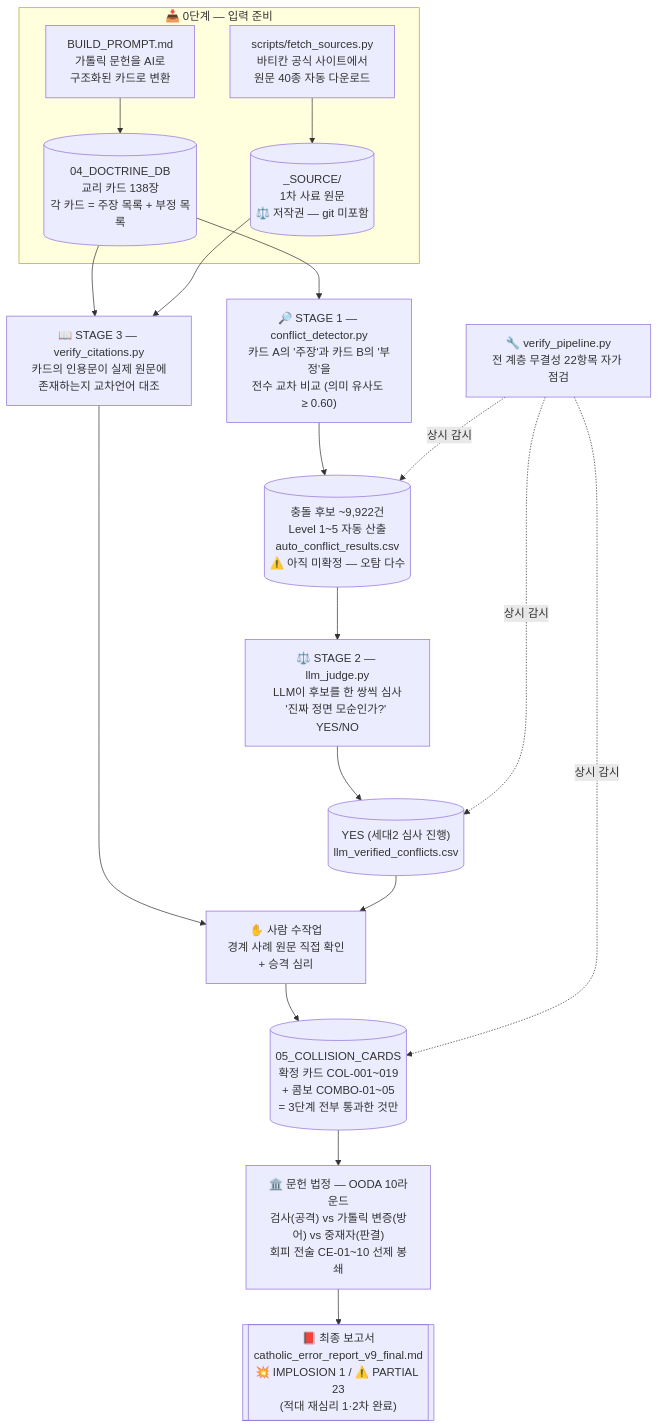
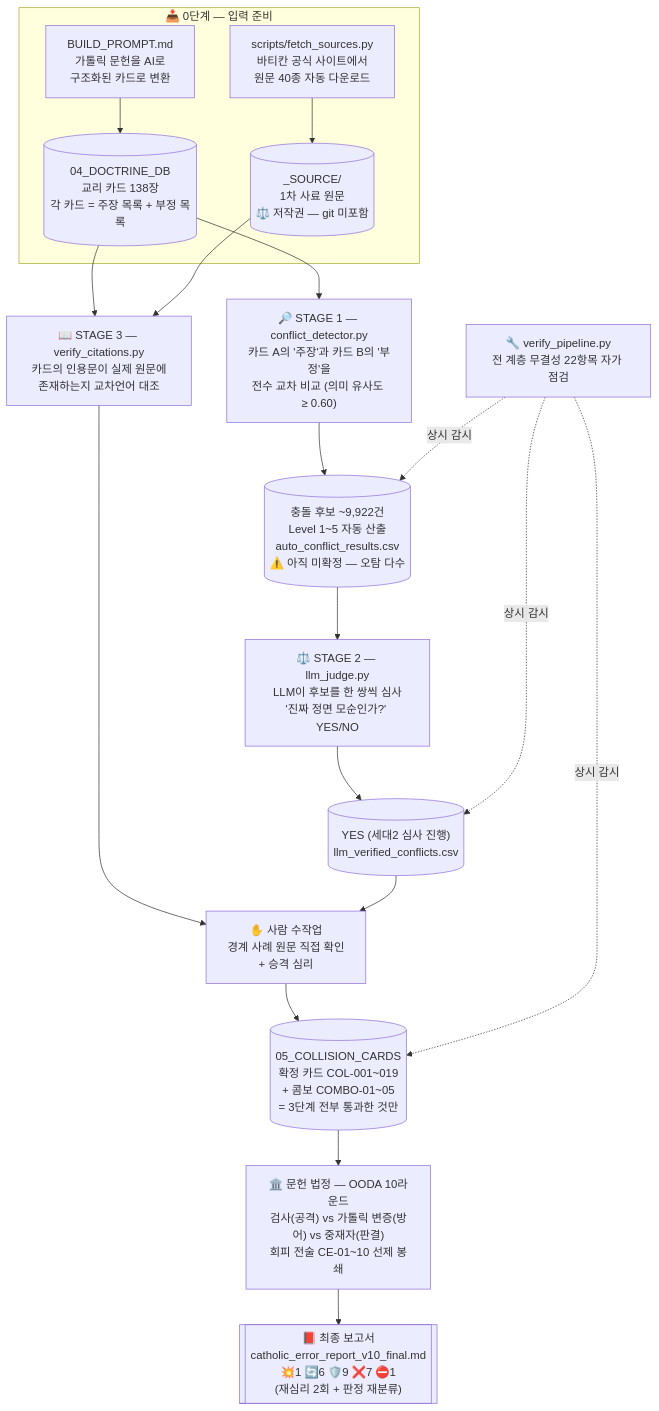
Before and after one commit to jloveonly-prog/the-scripture-audit-ko: the first of 2 diagrams in the-catholic-audit/README.md, drawn with Mermaid. The commit also changed other lines of this file and 3 other files, not shown here.

First line of the commit message:
feat(catholic-audit): v10 — 판정 코드 재분류, PARTIAL 단일 범주 해체

````diff
--- a/the-catholic-audit/README.md
+++ b/the-catholic-audit/README.md
@@ -44,27 +44,27 @@
 ```mermaid
 flowchart TD
     subgraph PREP["📥 0단계 — 입력 준비"]
         A["BUILD_PROMPT.md<br/>가톨릭 문헌을 AI로<br/>구조화된 카드로 변환"] --> B[("04_DOCTRINE_DB<br/>교리 카드 138장<br/>각 카드 = 주장 목록 + 부정 목록")]
         F["scripts/fetch_sources.py<br/>바티칸 공식 사이트에서<br/>원문 40종 자동 다운로드"] --> S[("_SOURCE/<br/>1차 사료 원문<br/>⚖️ 저작권 — git 미포함")]
     end
 
     B --> C["🔎 STAGE 1 — conflict_detector.py<br/>카드 A의 '주장'과 카드 B의 '부정'을<br/>전수 교차 비교 (의미 유사도 ≥ 0.60)"]
     C --> D[("충돌 후보 ~9,922건<br/>Level 1~5 자동 산출<br/>auto_conflict_results.csv<br/>⚠️ 아직 미확정 — 오탐 다수")]
 
     D --> E["⚖️ STAGE 2 — llm_judge.py<br/>LLM이 후보를 한 쌍씩 심사<br/>'진짜 정면 모순인가?' YES/NO"]
     E --> G[("YES (세대2 심사 진행)<br/>llm_verified_conflicts.csv")]
 
     B --> H["📖 STAGE 3 — verify_citations.py<br/>카드의 인용문이 실제 원문에<br/>존재하는지 교차언어 대조"]
     S --> H
     H --> I["✋ 사람 수작업<br/>경계 사례 원문 직접 확인<br/>+ 승격 심리"]
     G --> I
 
     I --> J[("05_COLLISION_CARDS<br/>확정 카드 COL-001~019<br/>+ 콤보 COMBO-01~05<br/>= 3단계 전부 통과한 것만")]
 
     J --> K["🏛️ 문헌 법정 — OODA 10라운드<br/>검사(공격) vs 가톨릭 변증(방어) vs 중재자(판결)<br/>회피 전술 CE-01~10 선제 봉쇄"]
-    K --> L[["📕 최종 보고서<br/>catholic_error_report_v9_final.md<br/>💥 IMPLOSION 1 / ⚠️ PARTIAL 23<br/>(적대 재심리 1·2차 완료)"]]
+    K --> L[["📕 최종 보고서<br/>catholic_error_report_v10_final.md<br/>💥1 🔄6 🛡️9 ❌7 ⛔1<br/>(재심리 2회 + 판정 재분류)"]]
 
     V["🔧 verify_pipeline.py<br/>전 계층 무결성 22항목 자가 점검"] -.->|상시 감시| D
     V -.->|상시 감시| G
     V -.->|상시 감시| J
 ```
````
